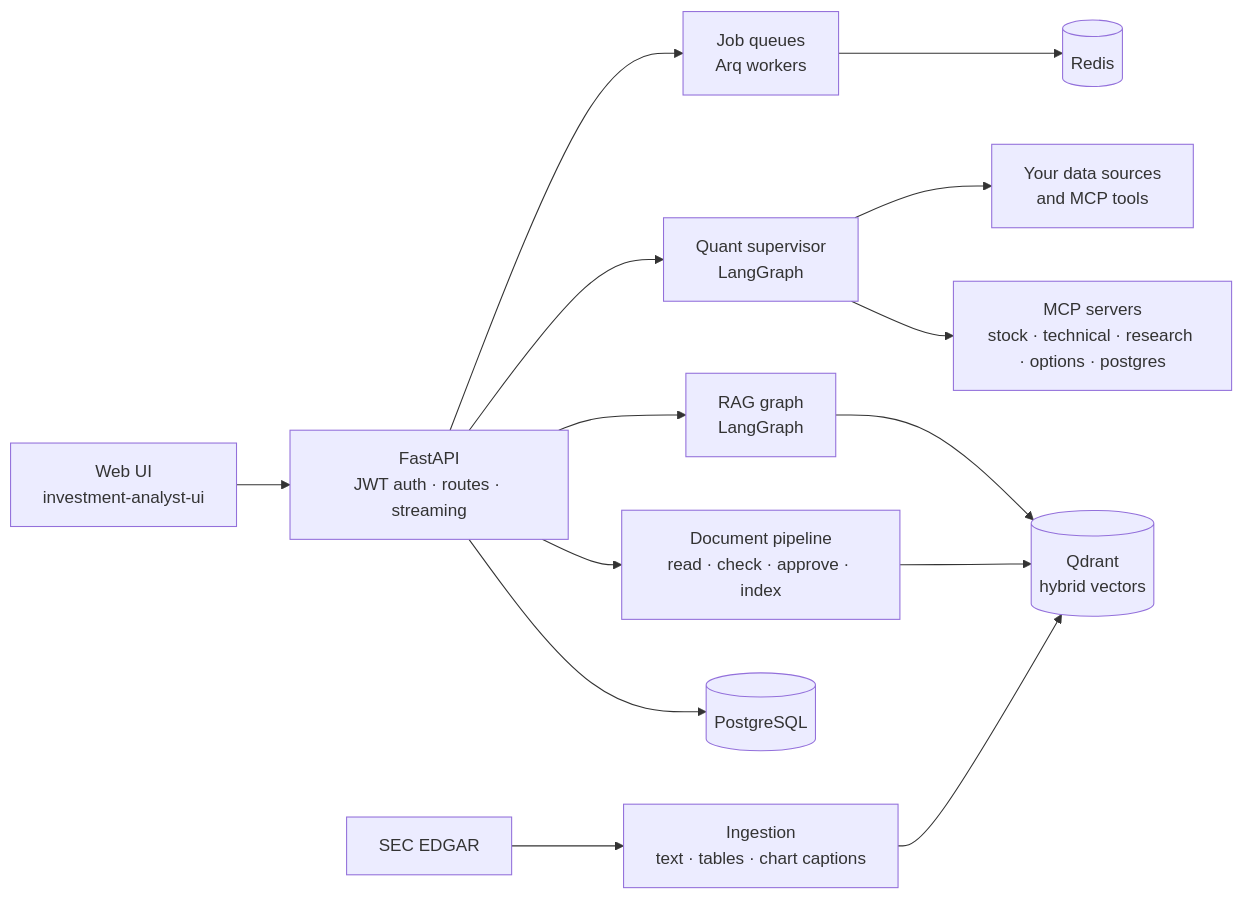
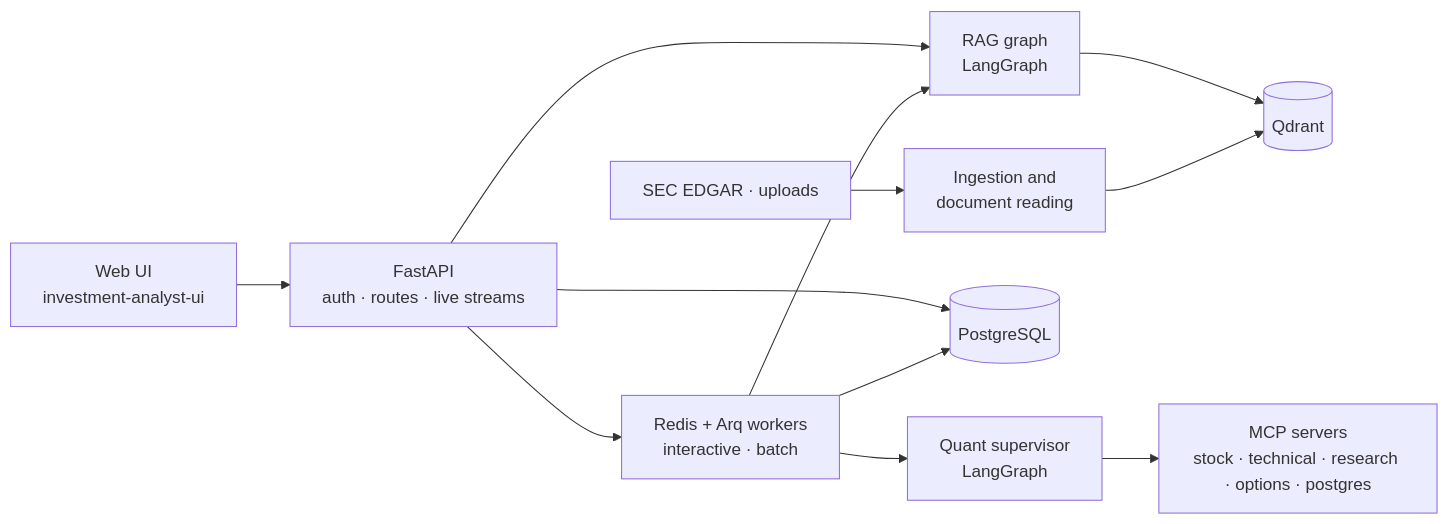
The diagram in README.md (Ganesh-K-Indium/Investment_Analyst), drawn with Mermaid before and after one commit. The commit also changed other lines of this file and 94 other files, not shown here.

````diff
--- a/README.md
+++ b/README.md
@@ -98,18 +95,13 @@
 ```mermaid
 flowchart LR
-    UI["Web UI<br/>investment-analyst-ui"] --> API["FastAPI<br/>JWT auth · routes · streaming"]
-
+    UI["Web UI<br/>investment-analyst-ui"] --> API["FastAPI<br/>auth · routes · live streams"]
+    API --> JOBS["Redis + Arq workers<br/>interactive · batch"]
     API --> RAG["RAG graph<br/>LangGraph"]
-    API --> QUANT["Quant supervisor<br/>LangGraph"]
-    API --> DOCS["Document pipeline<br/>read · check · approve · index"]
-    API --> JOBS["Job queues<br/>Arq workers"]
-
-    RAG --> QDR[("Qdrant<br/>hybrid vectors")]
-    DOCS --> QDR
+    JOBS --> RAG
+    JOBS --> QUANT["Quant supervisor<br/>LangGraph"]
     QUANT --> MCP["MCP servers<br/>stock · technical · research · options · postgres"]
-    QUANT --> EXT["Your data sources<br/>and MCP tools"]
-
+    RAG --> QDR[("Qdrant")]
     API --> PG[("PostgreSQL")]
-    JOBS --> RD[("Redis")]
-    EDGAR["SEC EDGAR"] --> ING["Ingestion<br/>text · tables · chart captions"] --> QDR
+    JOBS --> PG
+    EDGAR["SEC EDGAR · uploads"] --> ING["Ingestion and<br/>document reading"] --> QDR
 ```
````
